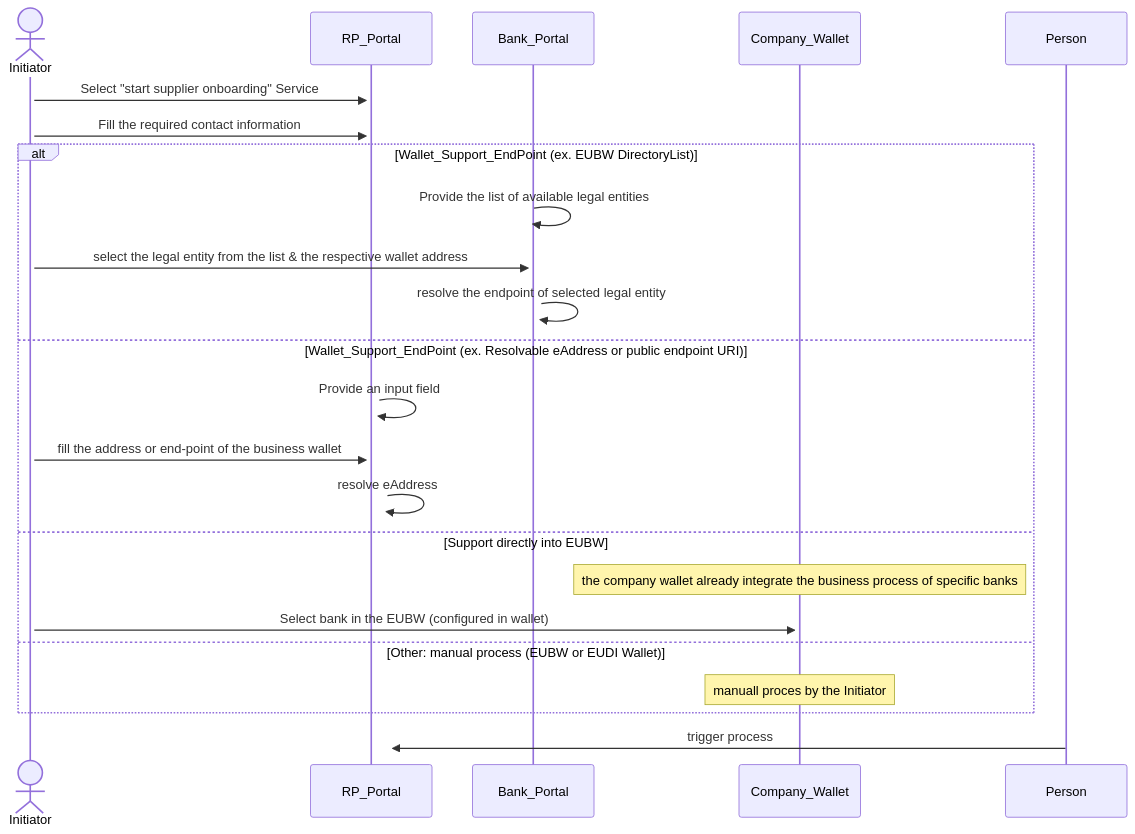
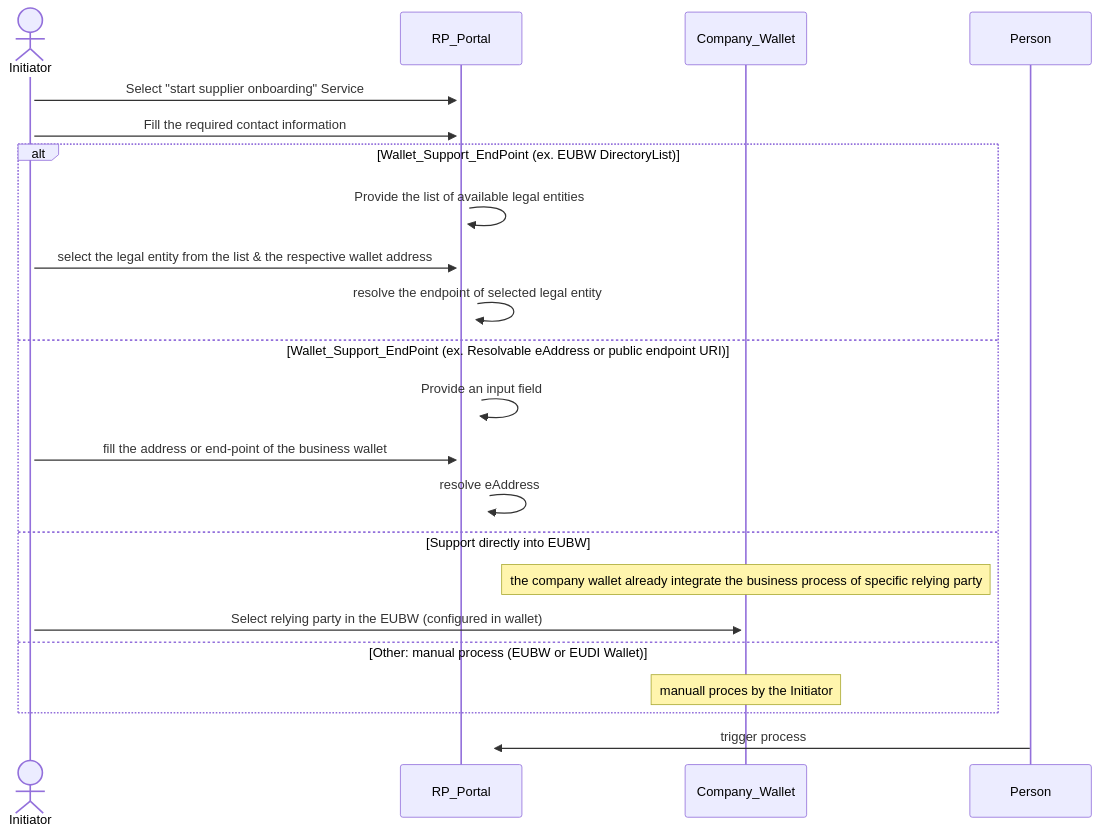
One commit to DominicHurni/wp3-technology-standards changed the second of 9 diagrams in BU1/BU1_KYS.md. Above: the diagram before and after it, drawn with Mermaid. The commit also changed other lines of this file and 1 other file, not shown here.

````diff
--- a/BU1/BU1_KYS.md
+++ b/BU1/BU1_KYS.md
@@ -60,22 +60,22 @@
 ```mermaid
 sequenceDiagram
     actor Initiator
     activate Initiator
     Initiator->>+RP_Portal: Select "start supplier onboarding" Service
     Initiator->>+RP_Portal: Fill the required contact information
     alt Wallet_Support_EndPoint (ex. EUBW DirectoryList)
-        Bank_Portal->>+Bank_Portal : Provide the list of available legal entities
-        Initiator->>+Bank_Portal: select the legal entity from the list & the respective wallet address
-        Bank_Portal->>+Bank_Portal: resolve the endpoint of selected legal entity
+        RP_Portal->>+RP_Portal : Provide the list of available legal entities
+        Initiator->>+RP_Portal: select the legal entity from the list & the respective wallet address
+        RP_Portal->>+RP_Portal: resolve the endpoint of selected legal entity
     else Wallet_Support_EndPoint (ex. Resolvable eAddress or public endpoint URI)
         RP_Portal->>+RP_Portal : Provide an input field
         Initiator->>+RP_Portal: fill the address or end-point of the business wallet
         RP_Portal->>+RP_Portal: resolve eAddress
     else Support directly into EUBW  
-        Note over Company_Wallet: the company wallet already integrate the business process of specific banks
-        Initiator->>+Company_Wallet: Select bank in the EUBW (configured in wallet)
+        Note over Company_Wallet: the company wallet already integrate the business process of specific relying party
+        Initiator->>+Company_Wallet: Select relying party in the EUBW (configured in wallet)
     else Other: manual process (EUBW or EUDI Wallet)
         Note over Company_Wallet: manuall proces by the Initiator
     end
     Person->>+RP_Portal: trigger process
 ```
````
